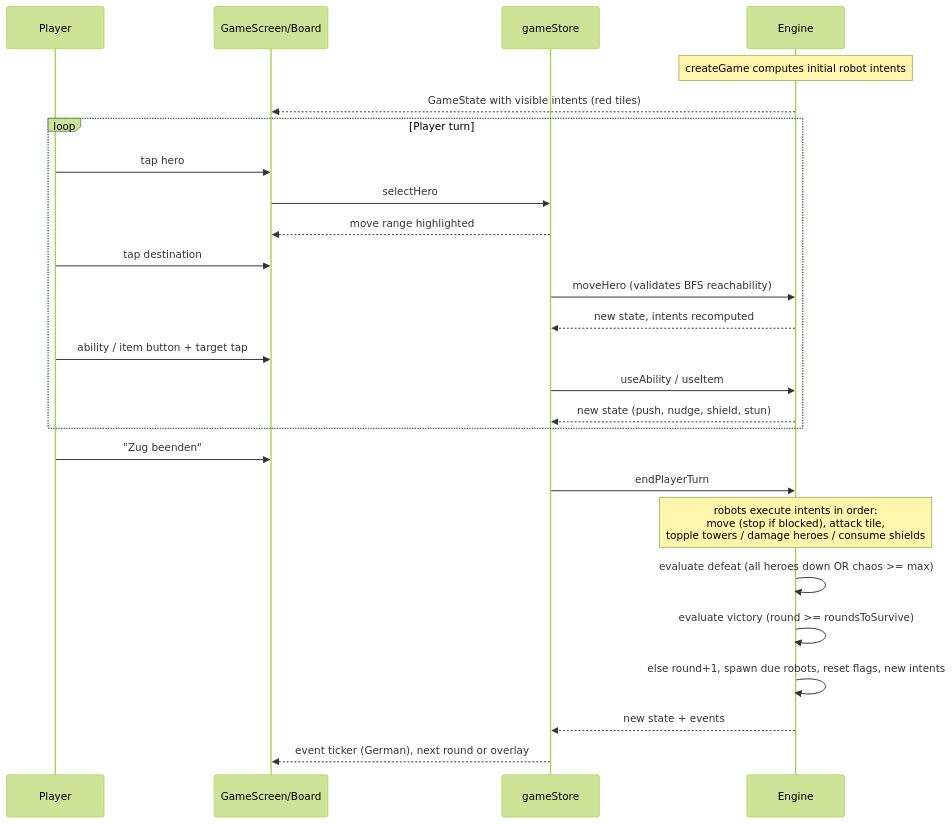
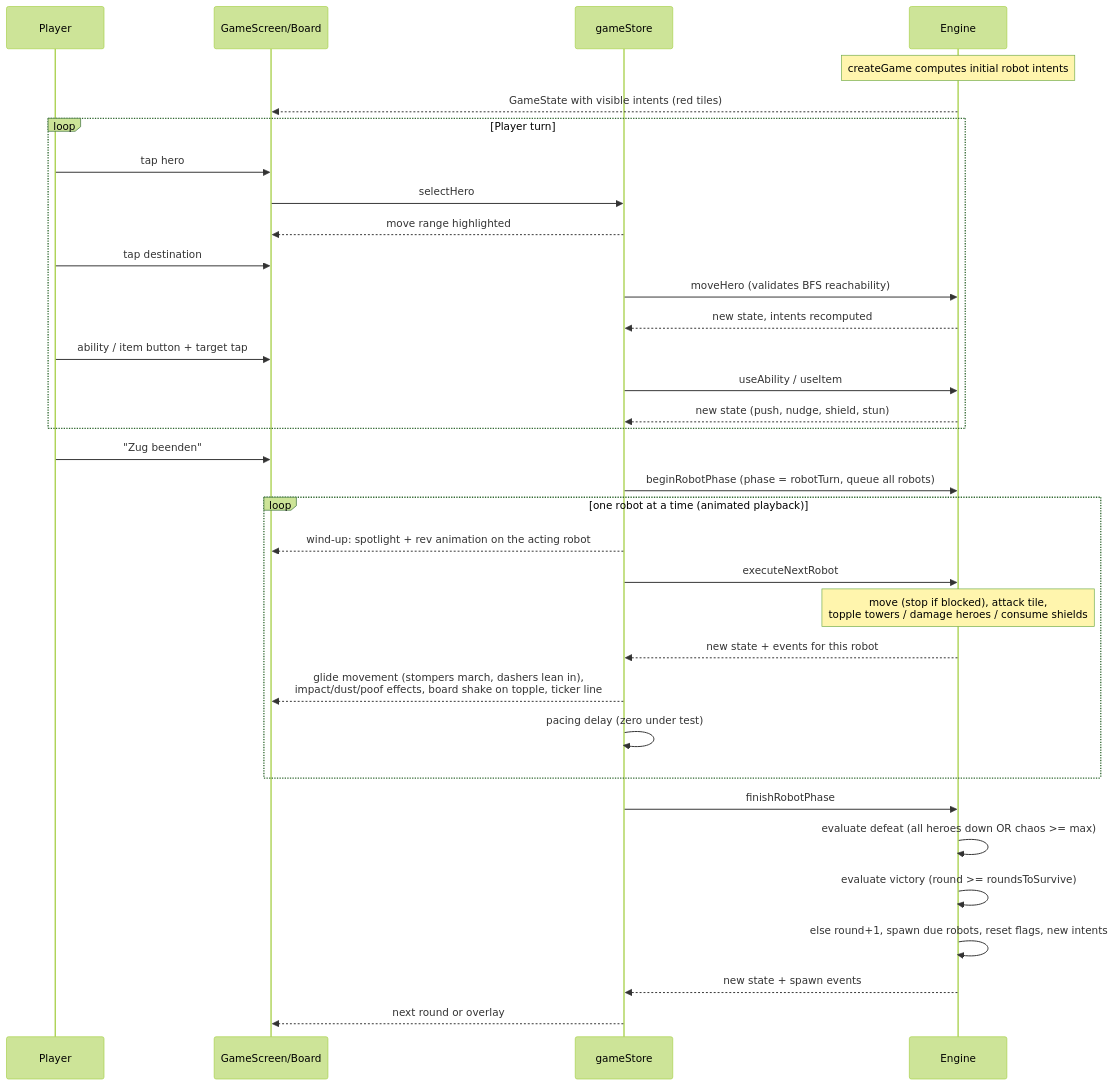
The diagram in doc/arc42/06_runtime_view.md (MarkDrei/Pet-s-Alliance), drawn with Mermaid (forest theme) before and after one commit. The commit also changed other lines of this file and 16 other files, not shown here.

First line of the commit message:
Animate the robot phase and player actions

````diff
--- a/doc/arc42/06_runtime_view.md
+++ b/doc/arc42/06_runtime_view.md
@@ -5,29 +5,37 @@
 ```mermaid
 sequenceDiagram
     participant P as Player
     participant UI as GameScreen/Board
     participant S as gameStore
     participant E as Engine
 
     Note over E: createGame computes initial robot intents
     E-->>UI: GameState with visible intents (red tiles)
     loop Player turn
         P->>UI: tap hero
         UI->>S: selectHero
         S-->>UI: move range highlighted
         P->>UI: tap destination
         S->>E: moveHero (validates BFS reachability)
         E-->>S: new state, intents recomputed
         P->>UI: ability / item button + target tap
         S->>E: useAbility / useItem
         E-->>S: new state (push, nudge, shield, stun)
     end
     P->>UI: "Zug beenden"
-    S->>E: endPlayerTurn
-    Note over E: robots execute intents in order:<br/>move (stop if blocked), attack tile,<br/>topple towers / damage heroes / consume shields
+    S->>E: beginRobotPhase (phase = robotTurn, queue all robots)
+    loop one robot at a time (animated playback)
+        S-->>UI: wind-up: spotlight + rev animation on the acting robot
+        S->>E: executeNextRobot
+        Note over E: move (stop if blocked), attack tile,<br/>topple towers / damage heroes / consume shields
+        E-->>S: new state + events for this robot
+        S-->>UI: glide movement (stompers march, dashers lean in),<br/>impact/dust/poof effects, board shake on topple, ticker line
+        S->>S: pacing delay (zero under test)
+    end
+    S->>E: finishRobotPhase
     E->>E: evaluate defeat (all heroes down OR chaos >= max)
     E->>E: evaluate victory (round >= roundsToSurvive)
     E->>E: else round+1, spawn due robots, reset flags, new intents
-    E-->>S: new state + events
-    S-->>UI: event ticker (German), next round or overlay
+    E-->>S: new state + spawn events
+    S-->>UI: next round or overlay
 ```
````
